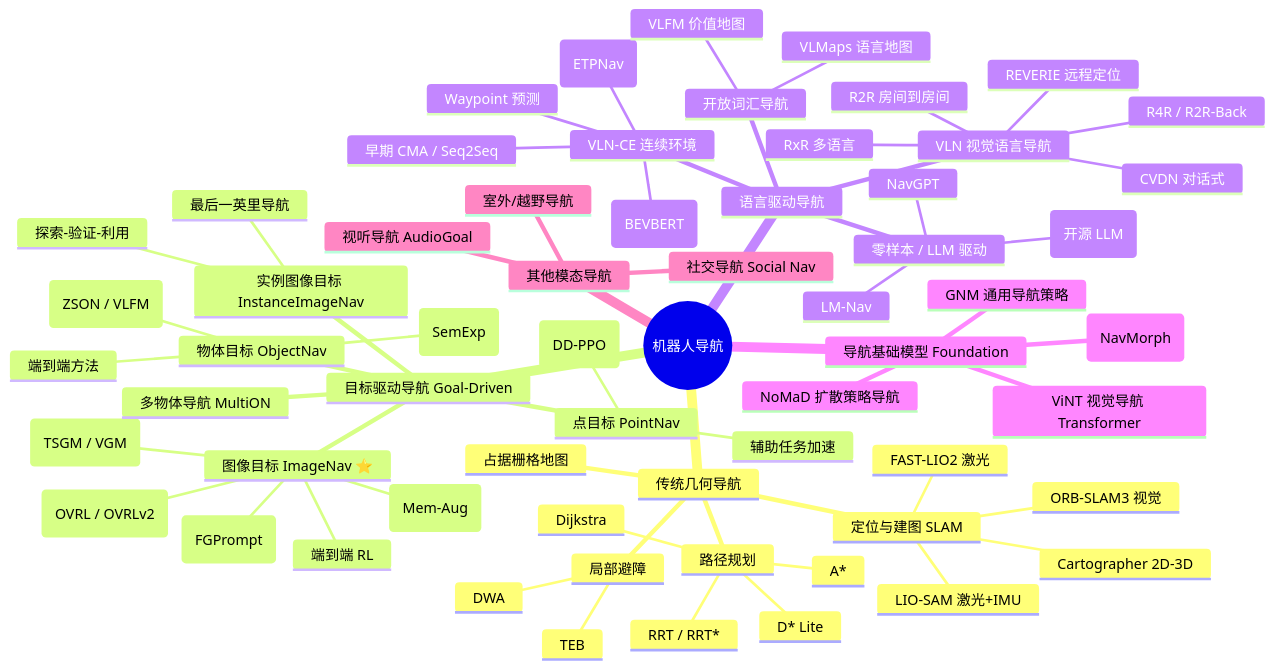
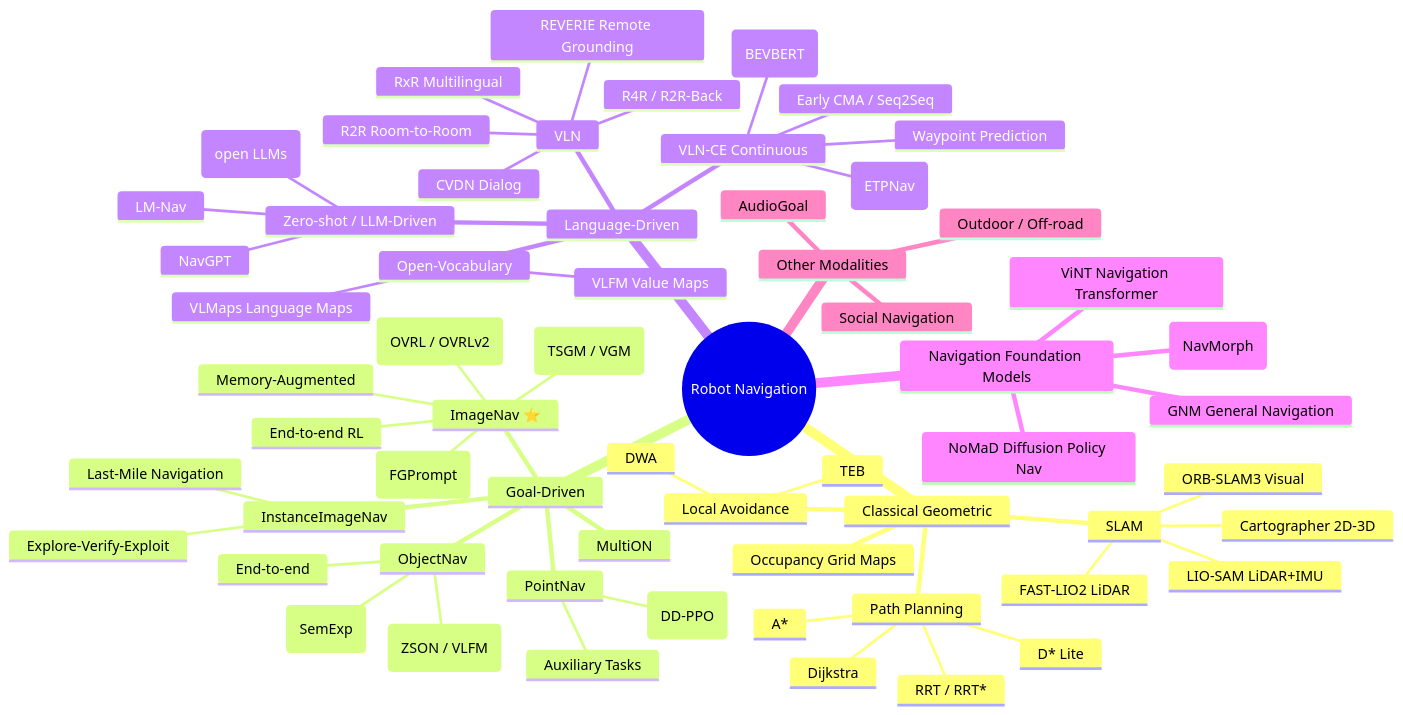
One commit to GrayLee1210/GrayLee1210 changed the sixth of 7 diagrams in README.md. Above: the diagram before and after it, drawn with Mermaid. The commit also changed other lines of this file and 1 other file, not shown here.

````diff
--- a/README.md
+++ b/README.md
@@ -213,65 +226,65 @@
 ```mermaid
 mindmap
-  root((机器人导航))
-    传统几何导航
-      定位与建图 SLAM
-        ORB-SLAM3 视觉
-        FAST-LIO2 激光
-        LIO-SAM 激光+IMU
+  root((Robot Navigation))
+    Classical Geometric
+      SLAM
+        ORB-SLAM3 Visual
+        FAST-LIO2 LiDAR
+        LIO-SAM LiDAR+IMU
         Cartographer 2D-3D
-      路径规划
+      Path Planning
         A*
         Dijkstra
         RRT / RRT*
         D* Lite
-      局部避障
+      Local Avoidance
         DWA
         TEB
-      占据栅格地图
-    目标驱动导航 Goal-Driven
-      点目标 PointNav
-        端到端 RL (DD-PPO)
-        辅助任务加速
-      物体目标 ObjectNav
-        端到端方法
-        模块化建图 (SemExp)
-        零样本 (ZSON / VLFM)
-      图像目标 ImageNav ⭐
-        端到端 RL
-        早/中期融合 (FGPrompt)
-        记忆增强 (Mem-Aug)
-        拓扑图 (TSGM / VGM)
-        预训练表征 (OVRL / OVRLv2)
-      实例图像目标 InstanceImageNav
-        探索-验证-利用
-        最后一英里导航
-      多物体导航 MultiON
-    语言驱动导航
-      VLN 视觉语言导航
-        R2R 房间到房间
-        RxR 多语言
-        REVERIE 远程定位
-        CVDN 对话式
+      Occupancy Grid Maps
+    Goal-Driven
+      PointNav
+        End-to-end RL (DD-PPO)
+        Auxiliary Tasks
+      ObjectNav
+        End-to-end
+        Modular Mapping (SemExp)
+        Zero-shot (ZSON / VLFM)
+      ImageNav ⭐
+        End-to-end RL
+        Early/Mid Fusion (FGPrompt)
+        Memory-Augmented
+        Topological (TSGM / VGM)
+        Pretrained Repr. (OVRL / OVRLv2)
+      InstanceImageNav
+        Explore-Verify-Exploit
+        Last-Mile Navigation
+      MultiON
+    Language-Driven
+      VLN
+        R2R Room-to-Room
+        RxR Multilingual
+        REVERIE Remote Grounding
+        CVDN Dialog
         R4R / R2R-Back
-      VLN-CE 连续环境
-        早期 CMA / Seq2Seq
-        Waypoint 预测
-        模块化拓扑 (ETPNav)
-        BEV 表征 (BEVBERT)
-      零样本 / LLM 驱动
+      VLN-CE Continuous
+        Early CMA / Seq2Seq
+        Waypoint Prediction
+        Modular Topological (ETPNav)
+        BEV Representation (BEVBERT)
+      Zero-shot / LLM-Driven
         LM-Nav
         NavGPT
-        Open-Nav (开源 LLM)
-      开放词汇导航
-        VLMaps 语言地图
-        VLFM 价值地图
-    导航基础模型 Foundation
-      GNM 通用导航策略
-      ViNT 视觉导航 Transformer
-      NoMaD 扩散策略导航
-      世界模型导航 (NavMorph)
-    其他模态导航
-      视听导航 AudioGoal
-      社交导航 Social Nav
-      室外/越野导航
+        Open-Nav (open LLMs)
+      Open-Vocabulary
+        VLMaps Language Maps
+        VLFM Value Maps
+    Navigation Foundation Models
+      GNM General Navigation
+      ViNT Navigation Transformer
+      NoMaD Diffusion Policy Nav
+      World-Model Nav (NavMorph)
+    Other Modalities
+      AudioGoal
+      Social Navigation
+      Outdoor / Off-road
 ```
````
